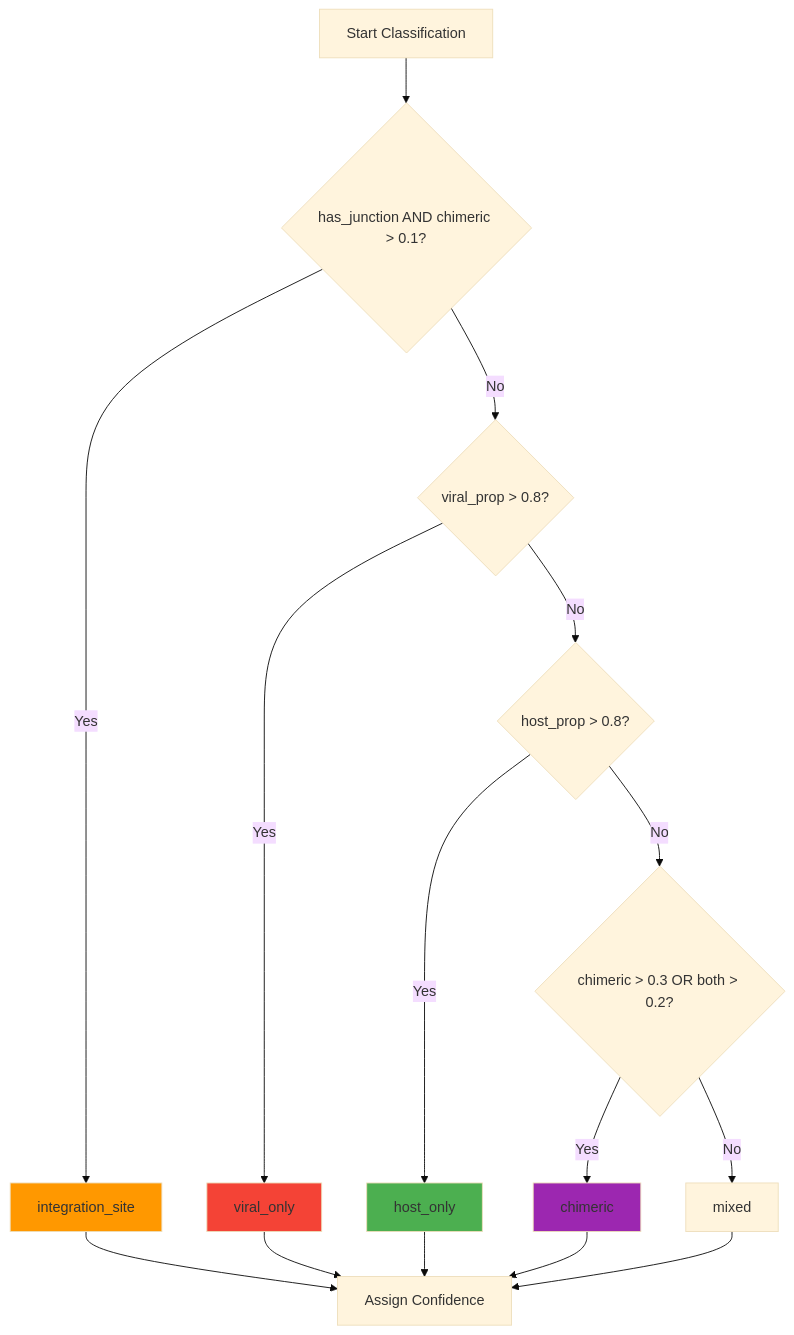
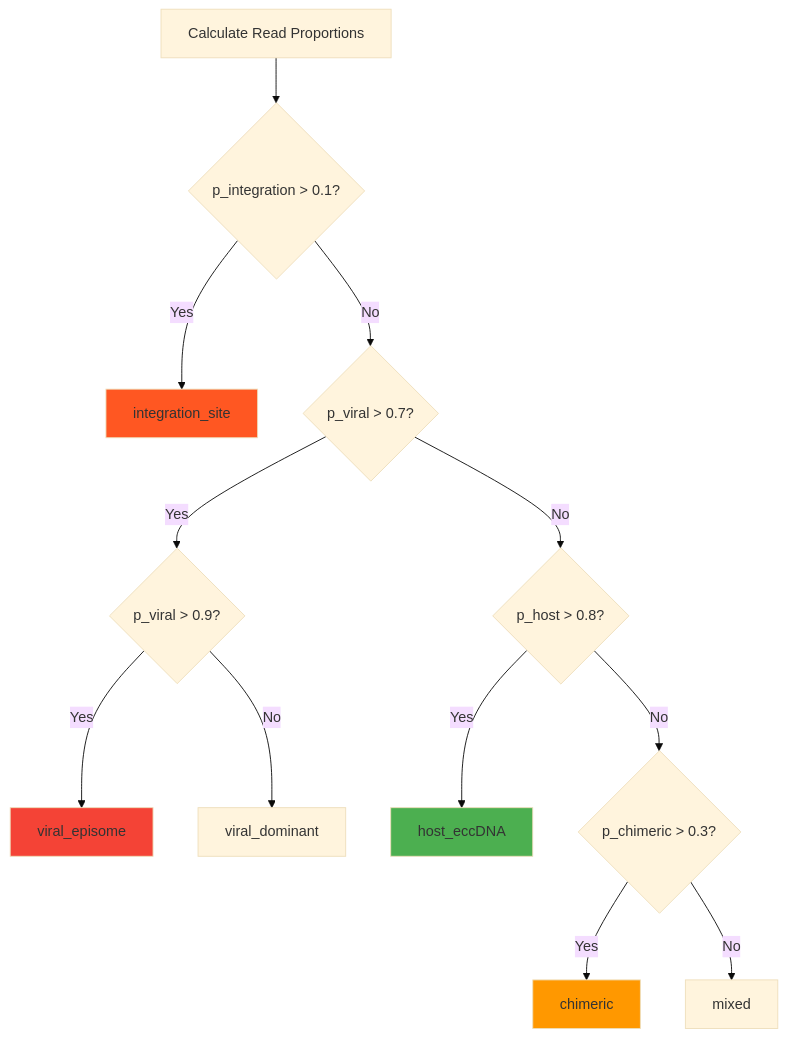
Before and after one commit to samarth8392/CircONTrack: the second of 2 diagrams in docs/classify.md, drawn with Mermaid (base theme). The commit also changed other lines of this file, not shown here.

````diff
--- a/docs/classify.md
+++ b/docs/classify.md
@@ -213,23 +245,22 @@
 ```mermaid
 flowchart TD
-    A[Start Classification] --> B{has_junction AND chimeric > 0.1?}
+    A[Calculate Read Proportions] --> B{p_integration > 0.1?}
     B -->|Yes| C[integration_site]
-    B -->|No| D{viral_prop > 0.8?}
-    D -->|Yes| E[viral_only]
-    D -->|No| F{host_prop > 0.8?}
-    F -->|Yes| G[host_only]
-    F -->|No| H{chimeric > 0.3 OR both > 0.2?}
-    H -->|Yes| I[chimeric]
-    H -->|No| J[mixed]
+    B -->|No| D{p_viral > 0.7?}
     
-    C --> K[Assign Confidence]
-    E --> K
-    G --> K
-    I --> K
-    J --> K
+    D -->|Yes| E{p_viral > 0.9?}
+    E -->|Yes| F[viral_episome]
+    E -->|No| G[viral_dominant]
     
-    style C fill:#ff9800
-    style E fill:#f44336
-    style G fill:#4caf50
-    style I fill:#9c27b0
+    D -->|No| H{p_host > 0.8?}
+    H -->|Yes| I[host_eccDNA]
+    H -->|No| J{p_chimeric > 0.3?}
+    
+    J -->|Yes| K[chimeric]
+    J -->|No| L[mixed]
+    
+    style C fill:#ff5722
+    style F fill:#f44336
+    style I fill:#4caf50
+    style K fill:#ff9800
 ```
````
